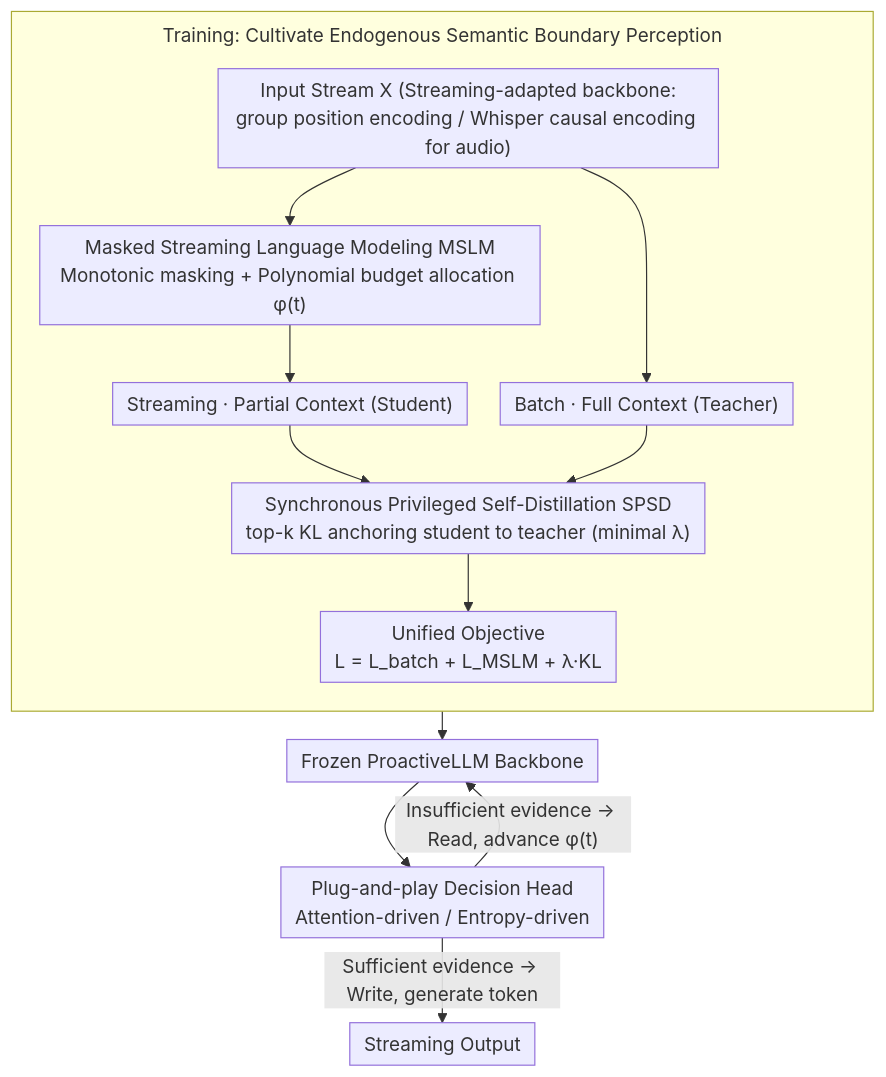
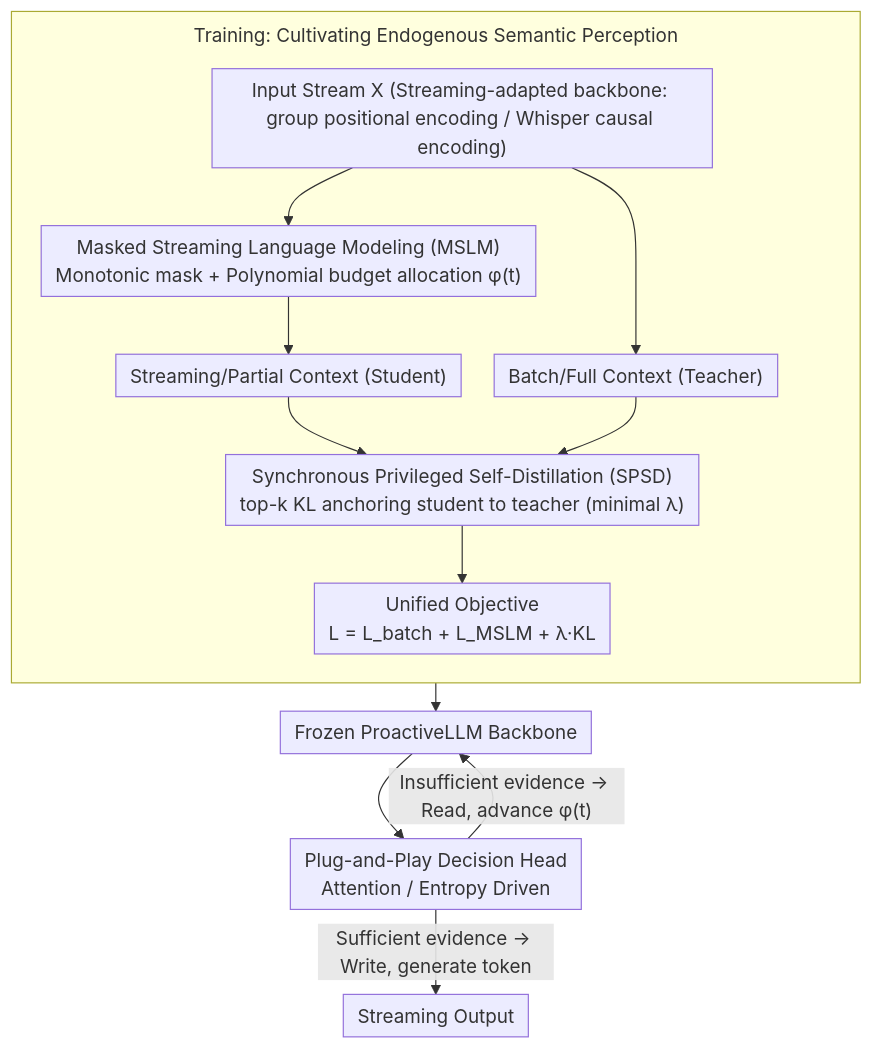
Before and after one commit to zhaoyang97/Paper-Notes-en: the diagram in docs/ICML2026/llm_efficiency/proactivellm_learning_active_interaction_for_streaming_large_language_models.md, drawn with Mermaid. The commit also changed other lines of this file and 5084 other files, not shown here.

````diff
--- a/docs/ICML2026/llm_efficiency/proactivellm_learning_active_interaction_for_streaming_large_language_models.md
+++ b/docs/ICML2026/llm_efficiency/proactivellm_learning_active_interaction_for_streaming_large_language_models.md
@@ -43,18 +43,18 @@
 ```mermaid
 %%{init: {'flowchart': {'rankSpacing': 24, 'nodeSpacing': 28, 'padding': 6, 'wrappingWidth': 400, 'subGraphTitleMargin': {'top': 8, 'bottom': 16}}}}%%
 flowchart TD
-    X["Input Stream X (Streaming-adapted backbone:<br/>group position encoding / Whisper causal encoding for audio)"]
-    subgraph TRAIN["Training: Cultivate Endogenous Semantic Boundary Perception"]
+    X["Input Stream X (Streaming-adapted backbone: <br/>group positional encoding / Whisper causal encoding)"]
+    subgraph TRAIN["Training: Cultivating Endogenous Semantic Perception"]
         direction TB
-        X --> M["Masked Streaming Language Modeling MSLM<br/>Monotonic masking + Polynomial budget allocation φ(t)"]
-        M --> S["Streaming · Partial Context (Student)"]
-        X --> B["Batch · Full Context (Teacher)"]
-        S --> SP["Synchronous Privileged Self-Distillation SPSD<br/>top-k KL anchoring student to teacher (minimal λ)"]
+        X --> M["Masked Streaming Language Modeling (MSLM)<br/>Monotonic mask + Polynomial budget allocation φ(t)"]
+        M --> S["Streaming/Partial Context (Student)"]
+        X --> B["Batch/Full Context (Teacher)"]
+        S --> SP["Synchronous Privileged Self-Distillation (SPSD)<br/>top-k KL anchoring student to teacher (minimal λ)"]
         B --> SP
         SP --> J["Unified Objective<br/>L = L_batch + L_MSLM + λ·KL"]
     end
     J --> F["Frozen ProactiveLLM Backbone"]
-    F --> D["Plug-and-play Decision Head<br/>Attention-driven / Entropy-driven"]
+    F --> D["Plug-and-Play Decision Head<br/>Attention / Entropy Driven"]
     D -->|"Insufficient evidence → Read, advance φ(t)"| F
     D -->|"Sufficient evidence → Write, generate token"| OUT["Streaming Output"]
 ```
````
